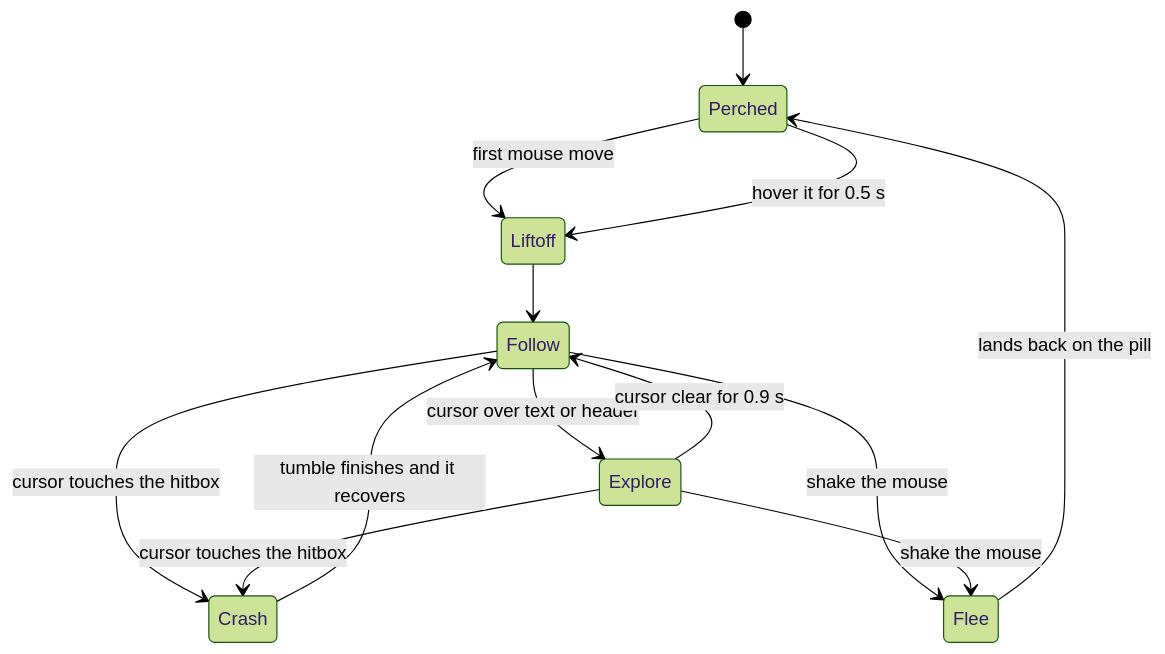
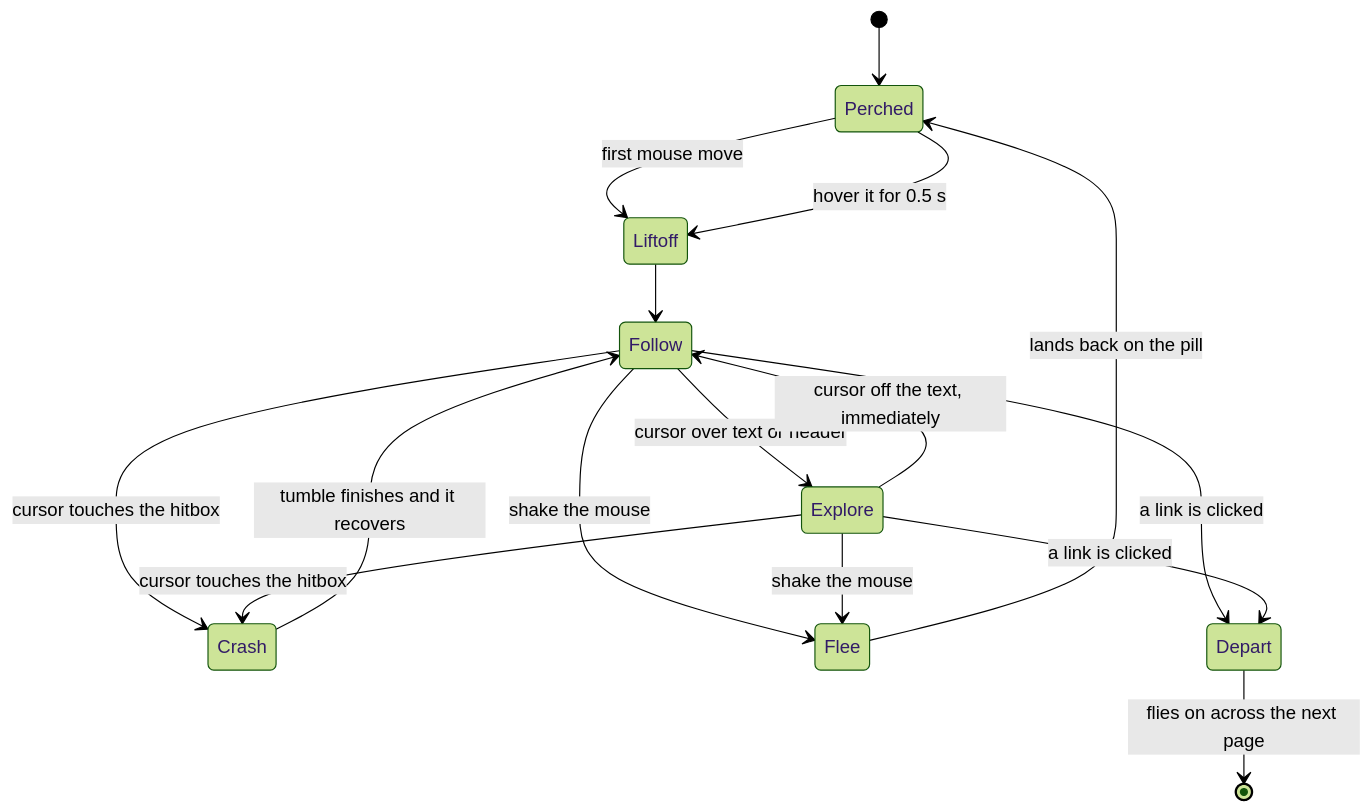
The second of 2 diagrams in README.md (NathanMarquis/Personal-Website), drawn with Mermaid (forest theme) before and after one commit. The commit also changed other lines of this file, not shown here.

Commit message:
Document helicopter no-go zone and page change behavior in README

````diff
--- a/README.md
+++ b/README.md
@@ -106,15 +106,18 @@
 ```mermaid
 stateDiagram-v2
   [*] --> Perched
   Perched --> Liftoff: first mouse move
   Liftoff --> Follow
   Follow --> Explore: cursor over text or header
-  Explore --> Follow: cursor clear for 0.9 s
+  Explore --> Follow: cursor off the text, immediately
   Follow --> Crash: cursor touches the hitbox
   Explore --> Crash: cursor touches the hitbox
   Crash --> Follow: tumble finishes and it recovers
   Follow --> Flee: shake the mouse
   Explore --> Flee: shake the mouse
   Flee --> Perched: lands back on the pill
   Perched --> Liftoff: hover it for 0.5 s
+  Follow --> Depart: a link is clicked
+  Explore --> Depart: a link is clicked
+  Depart --> [*]: flies on across the next page
 ```
````
